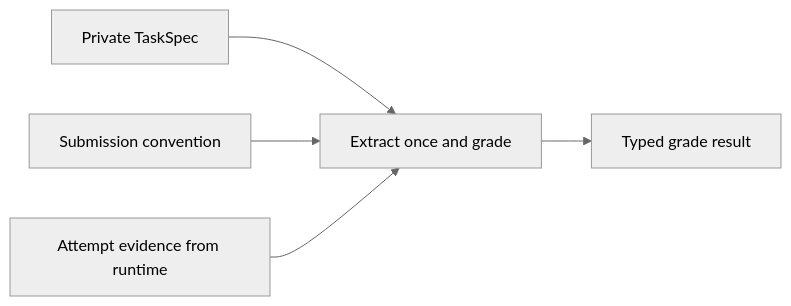
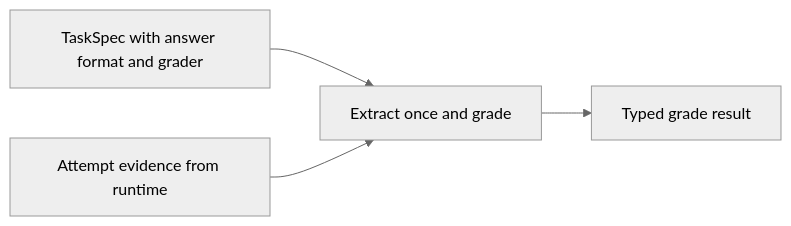
Before and after one commit to marin-community/marin: the diagram in lib/taskcompendium/README.md, drawn with Mermaid (neutral theme). The commit also changed other lines of this file and 119 other files, not shown here.

````diff
--- a/lib/taskcompendium/README.md
+++ b/lib/taskcompendium/README.md
@@ -24,7 +24,6 @@
 ```mermaid
 flowchart LR
-    S[Private TaskSpec] --> G[Extract once and grade]
-    C[Submission convention] --> G
+    S[TaskSpec with answer format and grader] --> G[Extract once and grade]
     A[Attempt evidence from runtime] --> G
     G --> R[Typed grade result]
 ```
````
